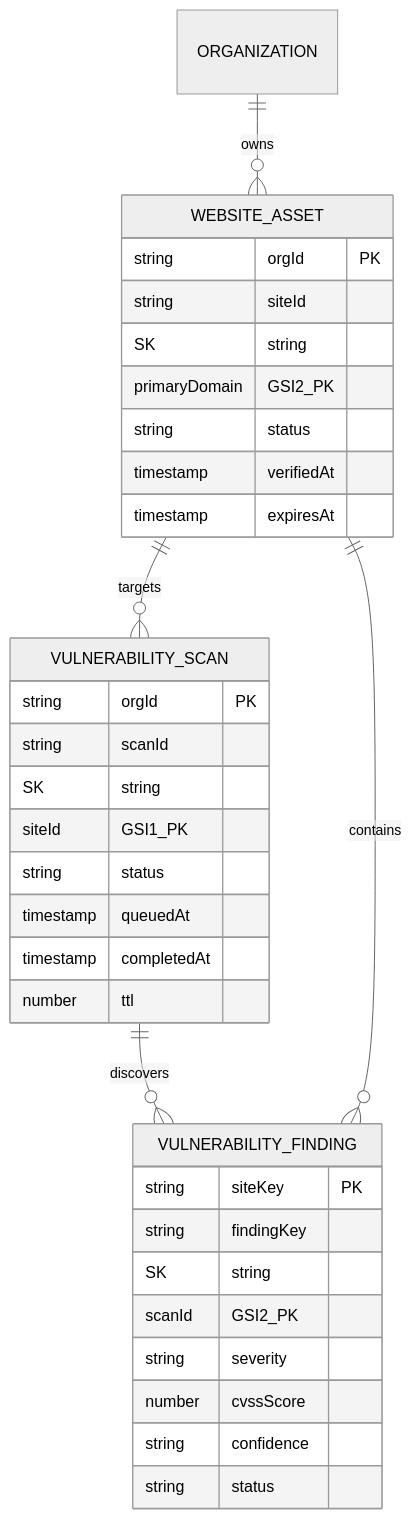
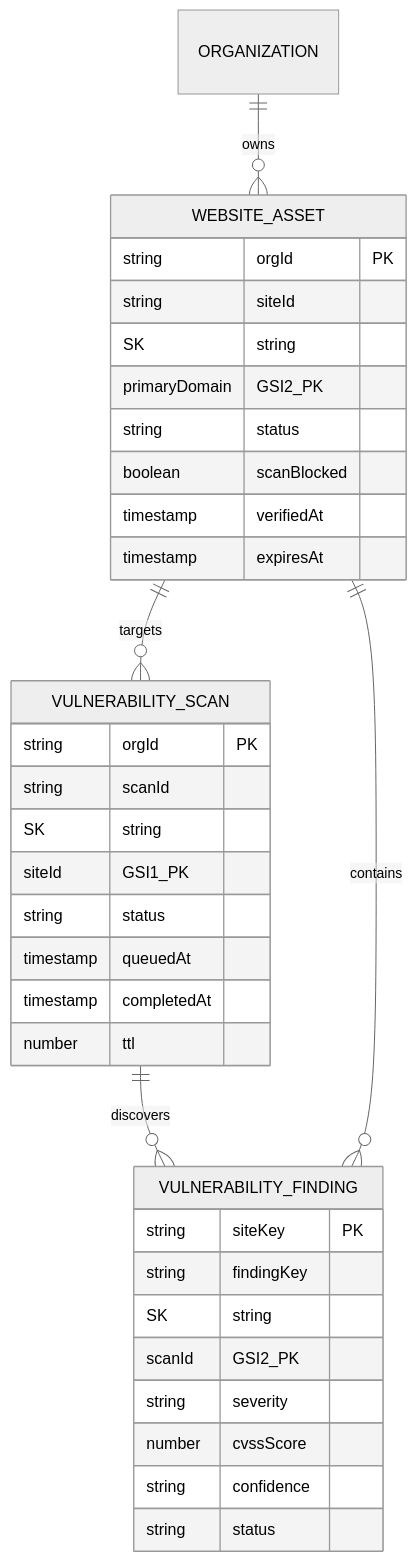
Before and after one commit to RohitBhakta07/Veltrix: the diagram in specs/phase-8-database-schema.md, drawn with Mermaid (neutral theme). The commit also changed other lines of this file and 6 other files, not shown here.

````diff
--- a/specs/phase-8-database-schema.md
+++ b/specs/phase-8-database-schema.md
@@ -17,36 +17,37 @@
 ```mermaid
 erDiagram
     ORGANIZATION ||--o{ WEBSITE_ASSET : "owns"
     WEBSITE_ASSET ||--o{ VULNERABILITY_SCAN : "targets"
     VULNERABILITY_SCAN ||--o{ VULNERABILITY_FINDING : "discovers"
     WEBSITE_ASSET ||--o{ VULNERABILITY_FINDING : "contains"
 
     WEBSITE_ASSET {
         string orgId PK
         string siteId SK
         string primaryDomain GSI2_PK
         string status
+        boolean scanBlocked
         timestamp verifiedAt
         timestamp expiresAt
     }
 
     VULNERABILITY_SCAN {
         string orgId PK
         string scanId SK
         string siteId GSI1_PK
         string status
         timestamp queuedAt
         timestamp completedAt
         number ttl
     }
 
     VULNERABILITY_FINDING {
         string siteKey PK
         string findingKey SK
         string scanId GSI2_PK
         string severity
         number cvssScore
         string confidence
         string status
     }
 ```
````
